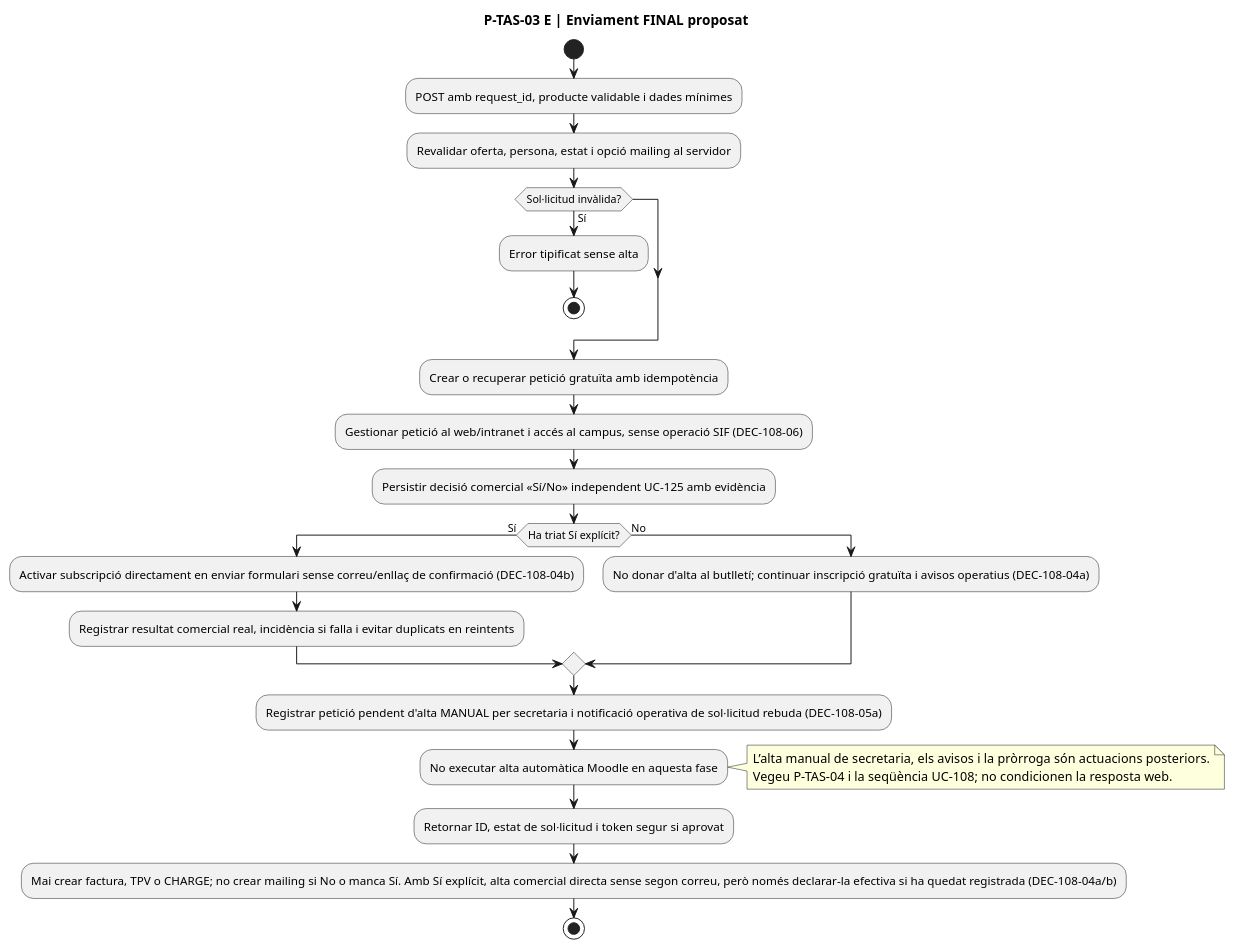
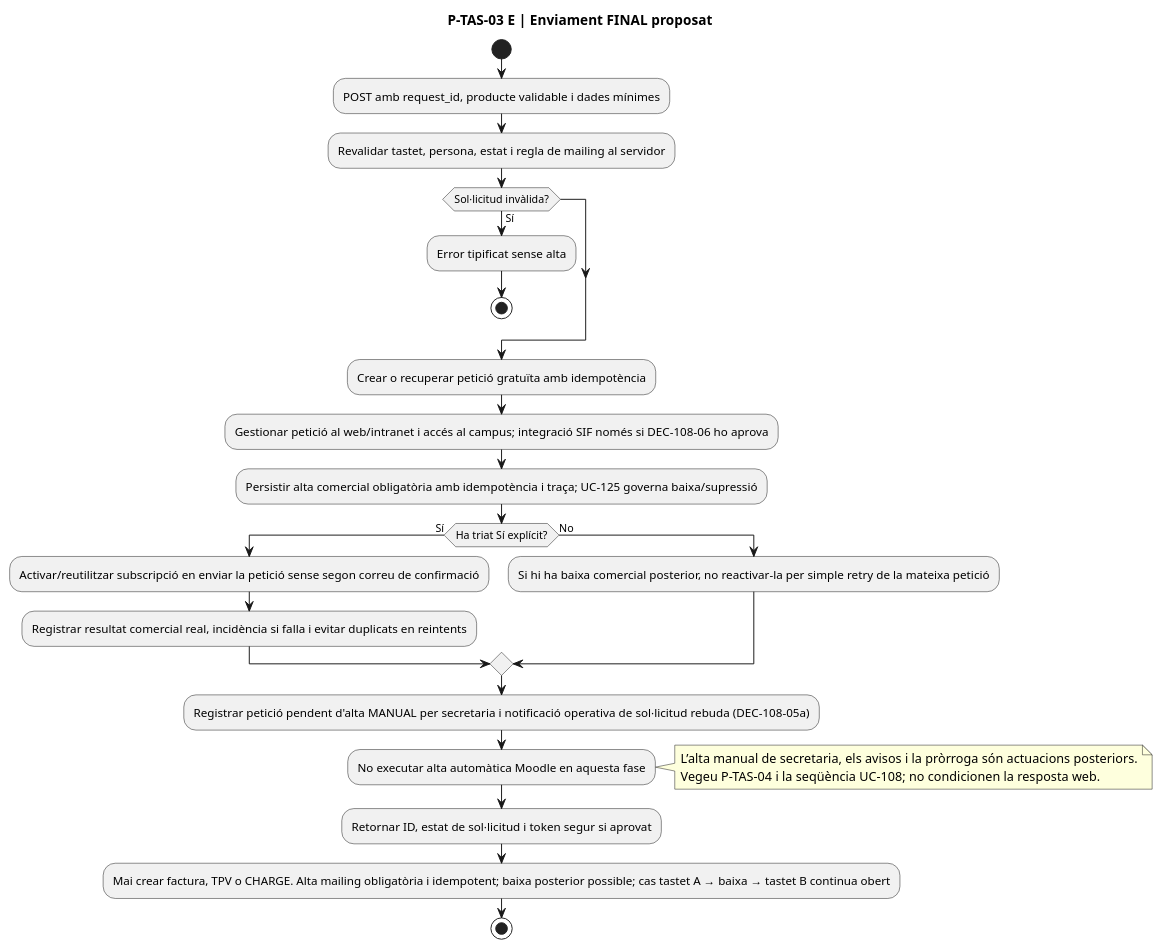
Before and after one commit to orgmeriemprismacat-del/verifactu: diagram 26 of 32 in documentacio/07-uml-integrat/uc-108-activitats-pagines-tastets-actual-final.md, drawn with PlantUML. The commit also changed other lines of this file, not shown here.

Commit message:
docs(uc-108): sincronitzar activitats ACTUAL FINAL amb decisions vigents

````diff
--- a/documentacio/07-uml-integrat/uc-108-activitats-pagines-tastets-actual-final.md
+++ b/documentacio/07-uml-integrat/uc-108-activitats-pagines-tastets-actual-final.md
@@ -634,30 +639,30 @@
 ```plantuml
 @startuml
 title P-TAS-03 E | Enviament FINAL proposat
 start
 :POST amb request_id, producte validable i dades mínimes;
-:Revalidar oferta, persona, estat i opció mailing al servidor;
+:Revalidar tastet, persona, estat i regla de mailing al servidor;
 if (Sol·licitud invàlida?) then (Sí)
   :Error tipificat sense alta;
   stop
 endif
 :Crear o recuperar petició gratuïta amb idempotència;
-:Gestionar petició al web/intranet i accés al campus, sense operació SIF (DEC-108-06);
-:Persistir decisió comercial «Sí/No» independent UC-125 amb evidència;
+:Gestionar petició al web/intranet i accés al campus; integració SIF només si DEC-108-06 ho aprova;
+:Persistir alta comercial obligatòria amb idempotència i traça; UC-125 governa baixa/supressió;
 if (Ha triat Sí explícit?) then (Sí)
-  :Activar subscripció directament en enviar formulari sense correu/enllaç de confirmació (DEC-108-04b);
+  :Activar/reutilitzar subscripció en enviar la petició sense segon correu de confirmació;
   :Registrar resultat comercial real, incidència si falla i evitar duplicats en reintents;
 else (No)
-  :No donar d'alta al butlletí; continuar inscripció gratuïta i avisos operatius (DEC-108-04a);
+  :Si hi ha baixa comercial posterior, no reactivar-la per simple retry de la mateixa petició;
 endif
 :Registrar petició pendent d'alta MANUAL per secretaria i notificació operativa de sol·licitud rebuda (DEC-108-05a);
 :No executar alta automàtica Moodle en aquesta fase;
 note right
   L’alta manual de secretaria, els avisos i la pròrroga són actuacions posteriors.
   Vegeu P-TAS-04 i la seqüència UC-108; no condicionen la resposta web.
 end note
 :Retornar ID, estat de sol·licitud i token segur si aprovat;
-:Mai crear factura, TPV o CHARGE; no crear mailing si No o manca Sí. Amb Sí explícit, alta comercial directa sense segon correu, però només declarar-la efectiva si ha quedat registrada (DEC-108-04a/b);
+:Mai crear factura, TPV o CHARGE. Alta mailing obligatòria i idempotent; baixa posterior possible; cas tastet A → baixa → tastet B continua obert;
 stop
 @enduml
 ```
````
